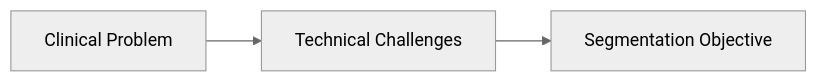
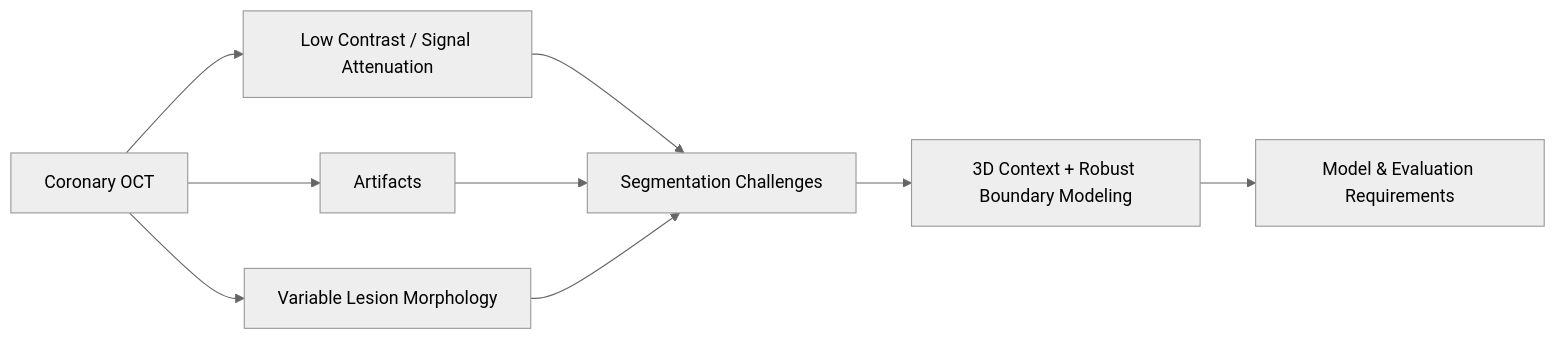
One commit to ChengYuChing/3D-DLimage-segmentation changed the first of 5 diagrams in README.md. Above: the diagram before and after it, drawn with Mermaid (neutral theme). The commit also changed other lines of this file, not shown here.

Commit message:
Complete P1 problem definition

````diff
--- a/README.md
+++ b/README.md
@@ -43,5 +43,11 @@
 ```mermaid
 flowchart LR
-    A["Clinical Problem"] --> B["Technical Challenges"]
-    B --> C["Segmentation Objective"]
+    A["Coronary OCT"] --> B["Low Contrast / Signal Attenuation"]
+    A --> C["Artifacts"]
+    A --> D["Variable Lesion Morphology"]
+    B --> E["Segmentation Challenges"]
+    C --> E
+    D --> E
+    E --> F["3D Context + Robust Boundary Modeling"]
+    F --> G["Model & Evaluation Requirements"]
 ```
````
